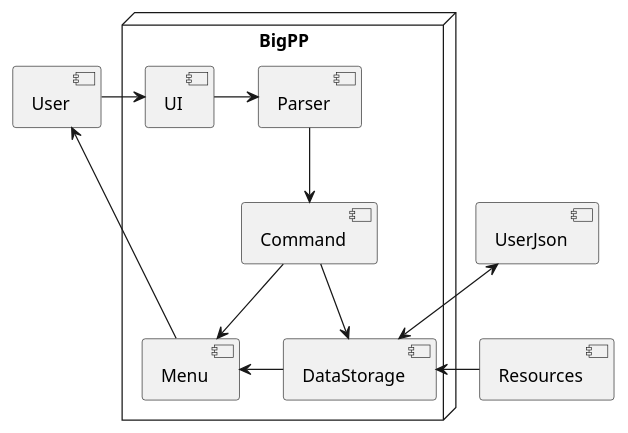
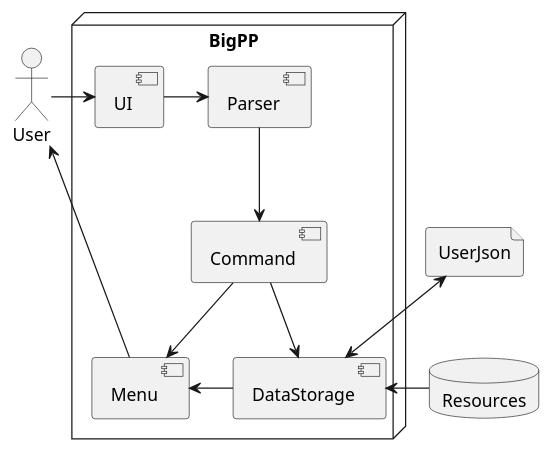
One commit to typingpanda/tp changed the diagram in docs/uml-source/ArchitectureDiagram.puml. Above: the diagram before and after it, drawn with PlantUML. The commit also changed 1 other file, not shown here.

Commit message:
Change architecture diagram to be more clear

```diff
--- a/docs/uml-source/ArchitectureDiagram.puml
+++ b/docs/uml-source/ArchitectureDiagram.puml
@@ -1,22 +1,26 @@
 @startuml
 
 node "BigPP" {
     [UI]
     [Parser]
     [Command]
     [DataStorage]
     [Menu]
 }
+
+actor User
+database Resources
+file UserJson
 
 [User] -> [UI]
 [UI] -> [Parser]
 [Parser] --> [Command]
 [Command] --> [Menu]
 [Menu] -left-> [User]
 [Command] --> [DataStorage]
 [DataStorage] -left-> [Menu]
 [Resources] -right-> [DataStorage]
 [UserJson] <--> [DataStorage]
 
 
 @enduml
```
